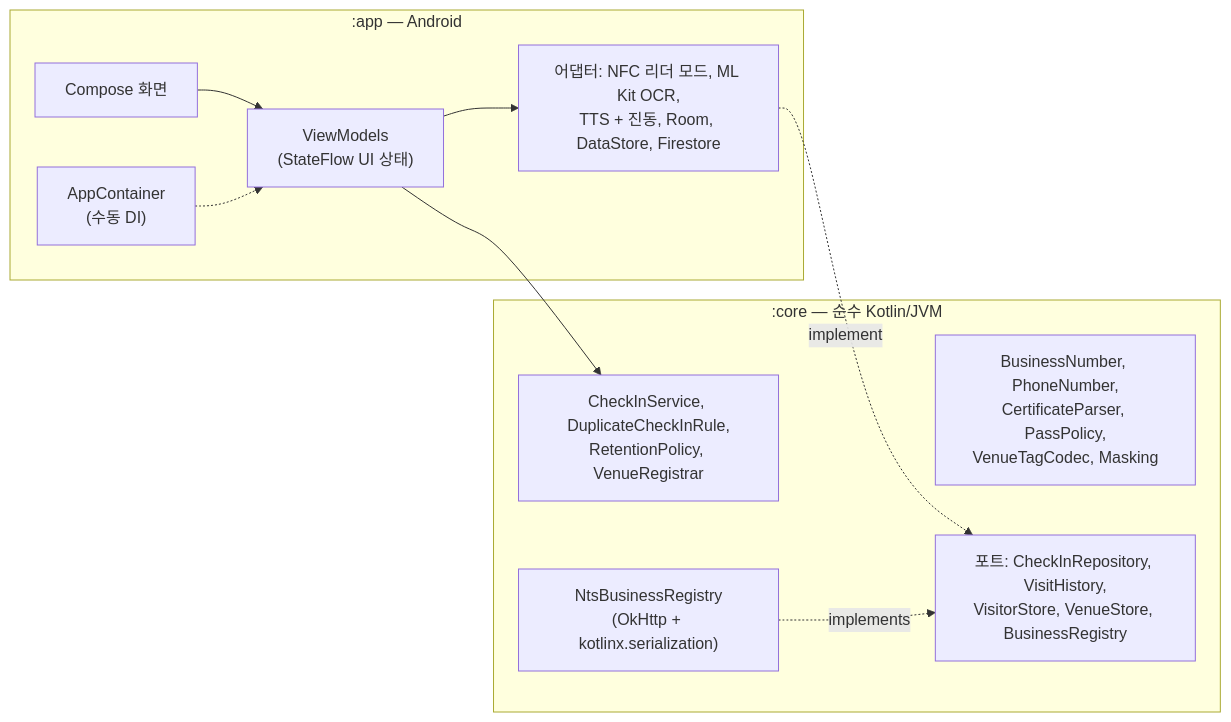
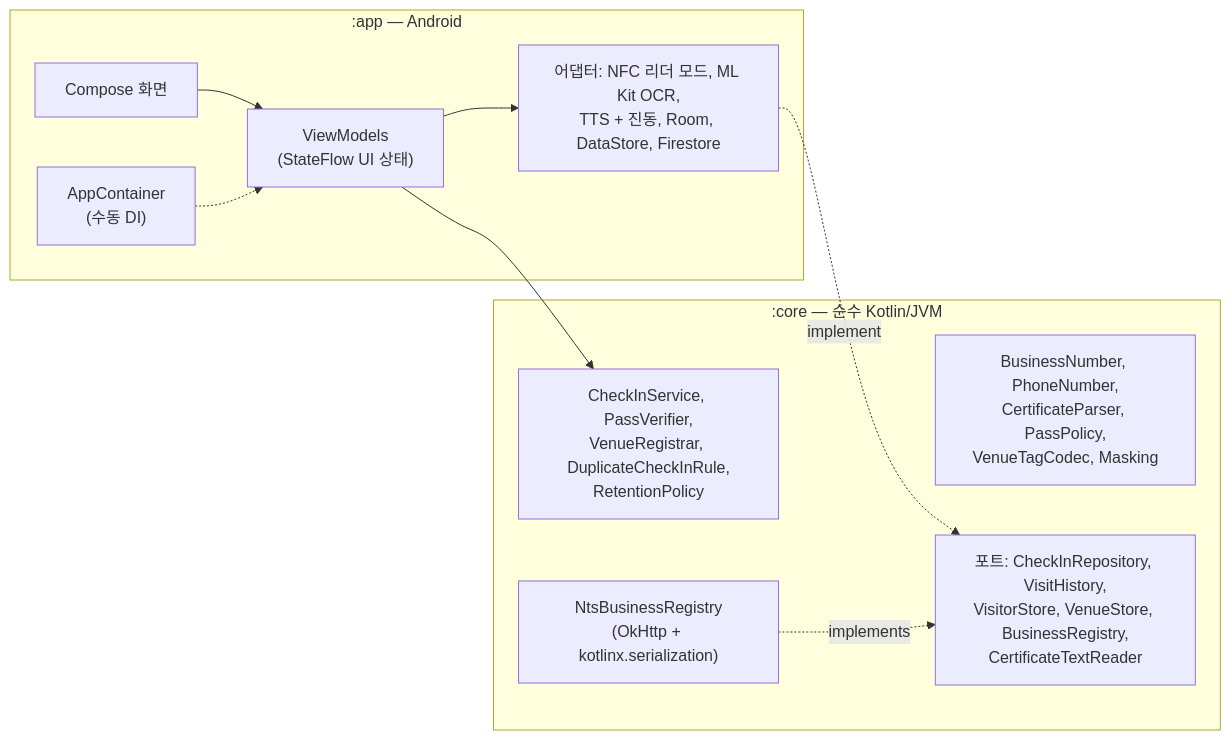
The second of 2 diagrams in README.ko.md (jumincho/covid-pass-nfc), drawn with Mermaid before and after one commit. The commit also changed other lines of this file and 4 other files, not shown here.

````diff
--- a/README.ko.md
+++ b/README.ko.md
@@ -92,17 +92,17 @@
 ```mermaid
 flowchart LR
     subgraph app [":app — Android"]
         UI["Compose 화면"] --> VM["ViewModels<br/>(StateFlow UI 상태)"]
         VM --> Adapters["어댑터: NFC 리더 모드, ML Kit OCR,<br/>TTS + 진동, Room, DataStore, Firestore"]
         DI["AppContainer<br/>(수동 DI)"] -.-> VM
     end
     subgraph core [":core — 순수 Kotlin/JVM"]
         Domain["BusinessNumber, PhoneNumber,<br/>CertificateParser, PassPolicy,<br/>VenueTagCodec, Masking"]
-        Rules["CheckInService, DuplicateCheckInRule,<br/>RetentionPolicy, VenueRegistrar"]
-        Ports["포트: CheckInRepository, VisitHistory,<br/>VisitorStore, VenueStore, BusinessRegistry"]
+        Rules["CheckInService, PassVerifier,<br/>VenueRegistrar, DuplicateCheckInRule,<br/>RetentionPolicy"]
+        Ports["포트: CheckInRepository, VisitHistory,<br/>VisitorStore, VenueStore, BusinessRegistry,<br/>CertificateTextReader"]
         NTS["NtsBusinessRegistry<br/>(OkHttp + kotlinx.serialization)"]
     end
     VM --> Rules
     Adapters -. implement .-> Ports
     NTS -. implements .-> Ports
 ```
````
